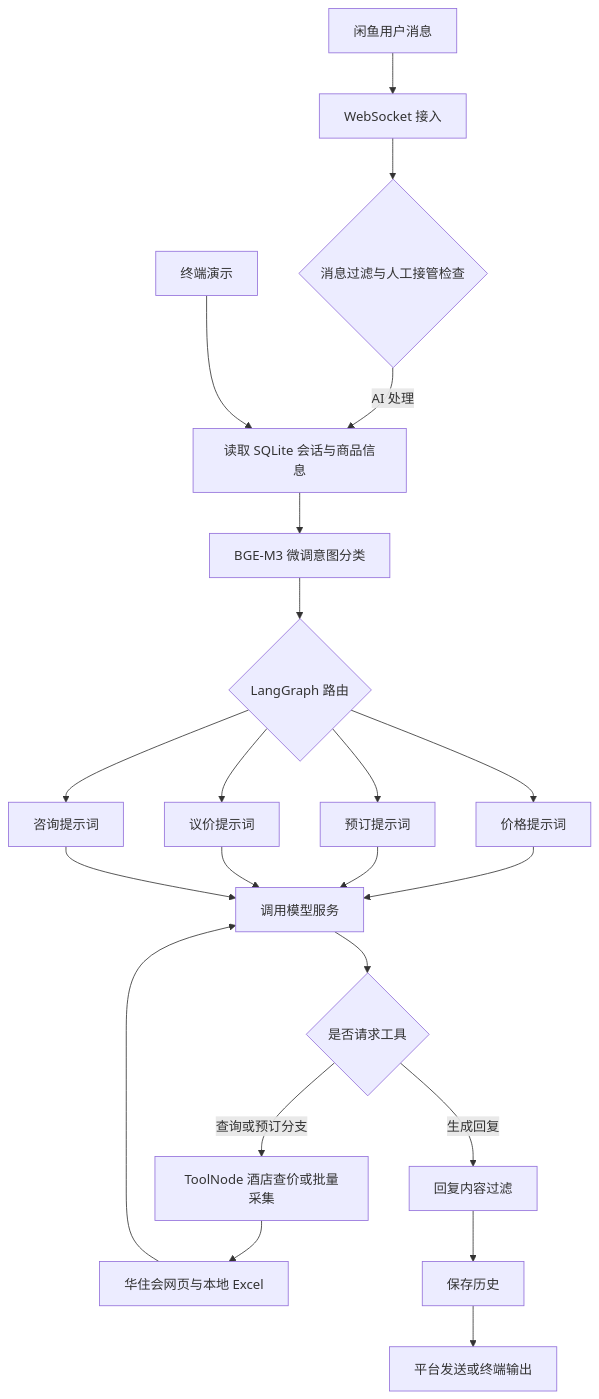
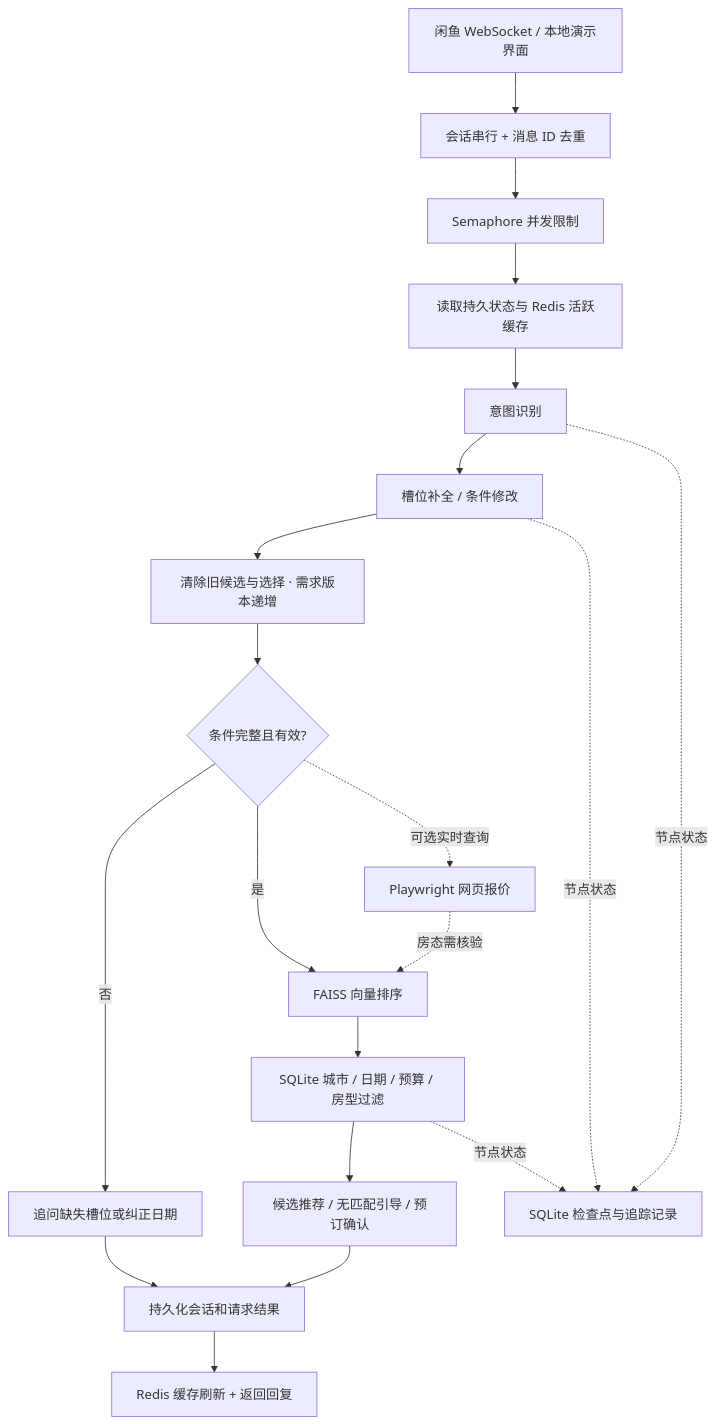
The diagram in README.md (spark216/YF-agent), drawn with Mermaid before and after one commit. The commit also changed other lines of this file and 64 other files, not shown here.

````diff
--- a/README.md
+++ b/README.md
@@ -54,24 +66,22 @@
 ```mermaid
 flowchart TD
-    A[闲鱼用户消息] --> B[WebSocket 接入]
-    B --> C{消息过滤与人工接管检查}
-    C -->|AI 处理| D[读取 SQLite 会话与商品信息]
-    T[终端演示] --> D
-    D --> E[BGE-M3 微调意图分类]
-    E --> F{LangGraph 路由}
-    F --> P[价格提示词]
-    F --> R[预订提示词]
-    F --> N[议价提示词]
-    F --> Q[咨询提示词]
-    P --> L[调用模型服务]
-    R --> L
-    N --> L
-    Q --> L
-    L --> U{是否请求工具}
-    U -->|查询或预订分支| V[ToolNode 酒店查价或批量采集]
-    V --> H[华住会网页与本地 Excel]
-    H --> L
-    U -->|生成回复| S[回复内容过滤]
-    S --> K[保存历史]
-    K --> W[平台发送或终端输出]
+    A[闲鱼 WebSocket / 本地演示界面] --> B[会话串行 + 消息 ID 去重]
+    B --> C[Semaphore 并发限制]
+    C --> D[读取持久状态与 Redis 活跃缓存]
+    D --> E[意图识别]
+    E --> F[槽位补全 / 条件修改]
+    F --> G[清除旧候选与选择 · 需求版本递增]
+    G --> H{条件完整且有效?}
+    H -->|否| I[追问缺失槽位或纠正日期]
+    H -->|是| J[FAISS 向量排序]
+    H -. 可选实时查询 .-> Q[Playwright 网页报价]
+    Q -. 房态需核验 .-> J
+    J --> K[SQLite 城市 / 日期 / 预算 / 房型过滤]
+    K --> L[候选推荐 / 无匹配引导 / 预订确认]
+    I --> M[持久化会话和请求结果]
+    L --> M
+    M --> N[Redis 缓存刷新 + 返回回复]
+    E -. 节点状态 .-> P[SQLite 检查点与追踪记录]
+    F -. 节点状态 .-> P
+    K -. 节点状态 .-> P
 ```
````
